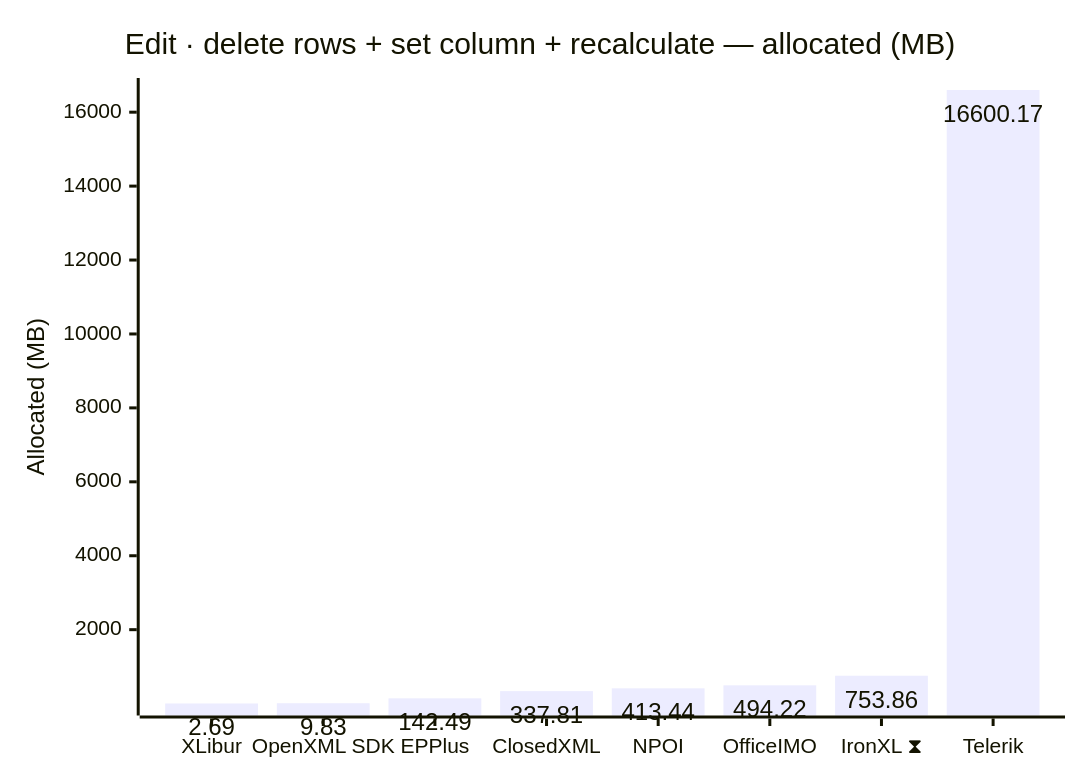
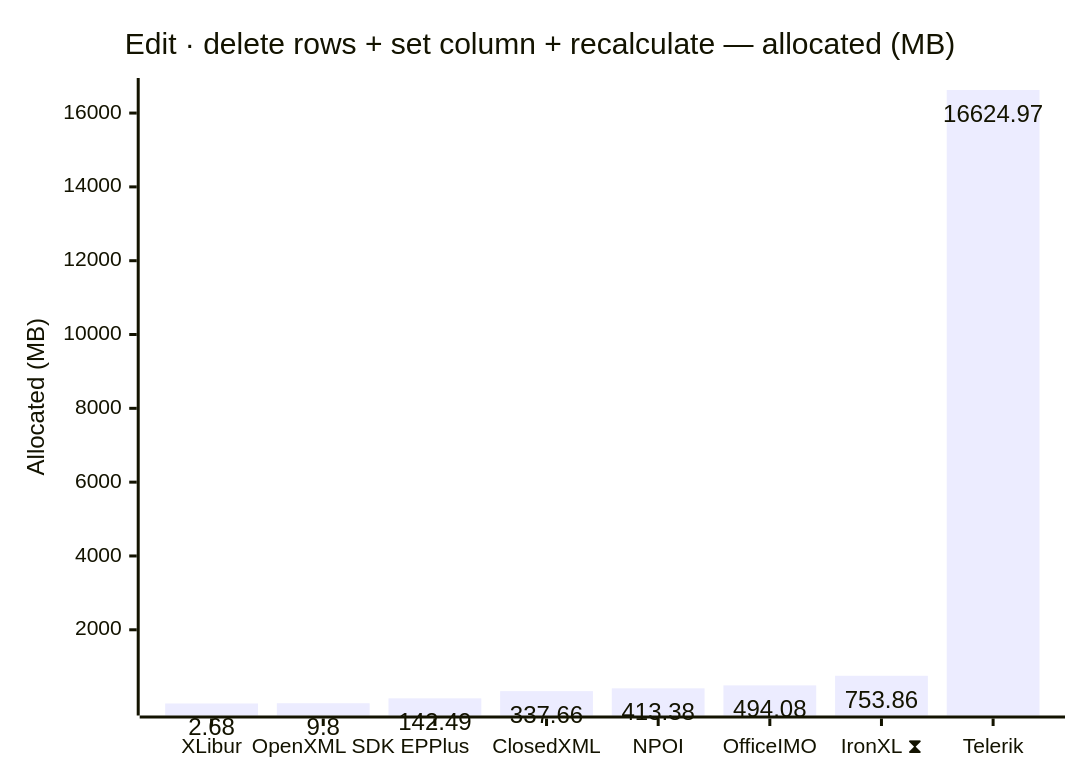
Diagram 12 of 18 in docs/results.md (jafin/XLBench), drawn with Mermaid before and after one commit. The commit also changed other lines of this file and 5 other files, not shown here.

````diff
--- a/docs/results.md
+++ b/docs/results.md
@@ -185,12 +185,12 @@
 ```mermaid
 ---
 config:
   xyChart:
     showDataLabel: true
 ---
 xychart-beta
     title "Edit · delete rows + set column + recalculate — allocated (MB)"
     x-axis ["XLibur", "OpenXML SDK", "EPPlus", "ClosedXML", "NPOI", "OfficeIMO", "IronXL ⧗", "Telerik"]
     y-axis "Allocated (MB)"
-    bar [2.69, 9.83, 142.49, 337.81, 413.44, 494.22, 753.86, 16600.17]
+    bar [2.68, 9.8, 142.49, 337.66, 413.38, 494.08, 753.86, 16624.97]
 ```
````
